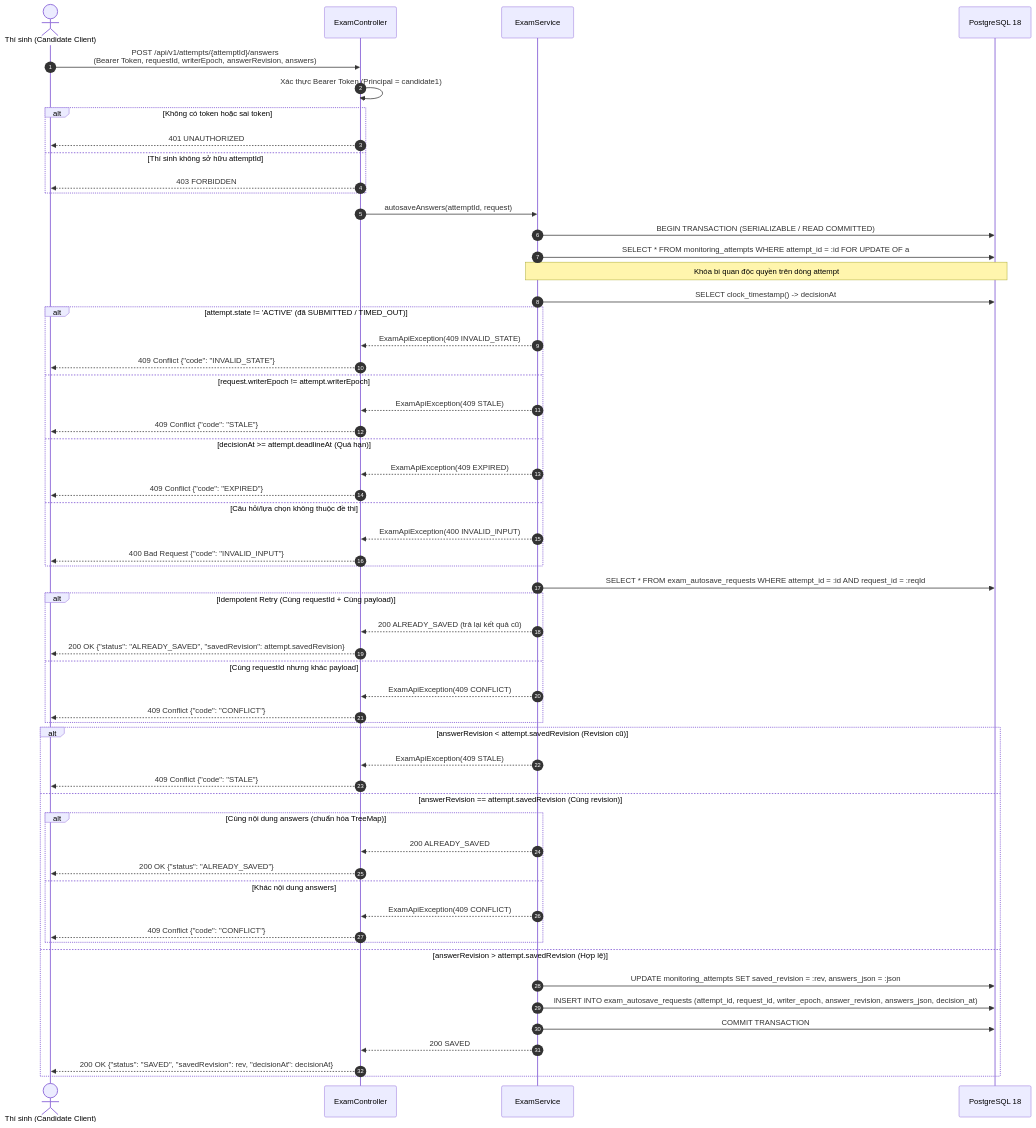
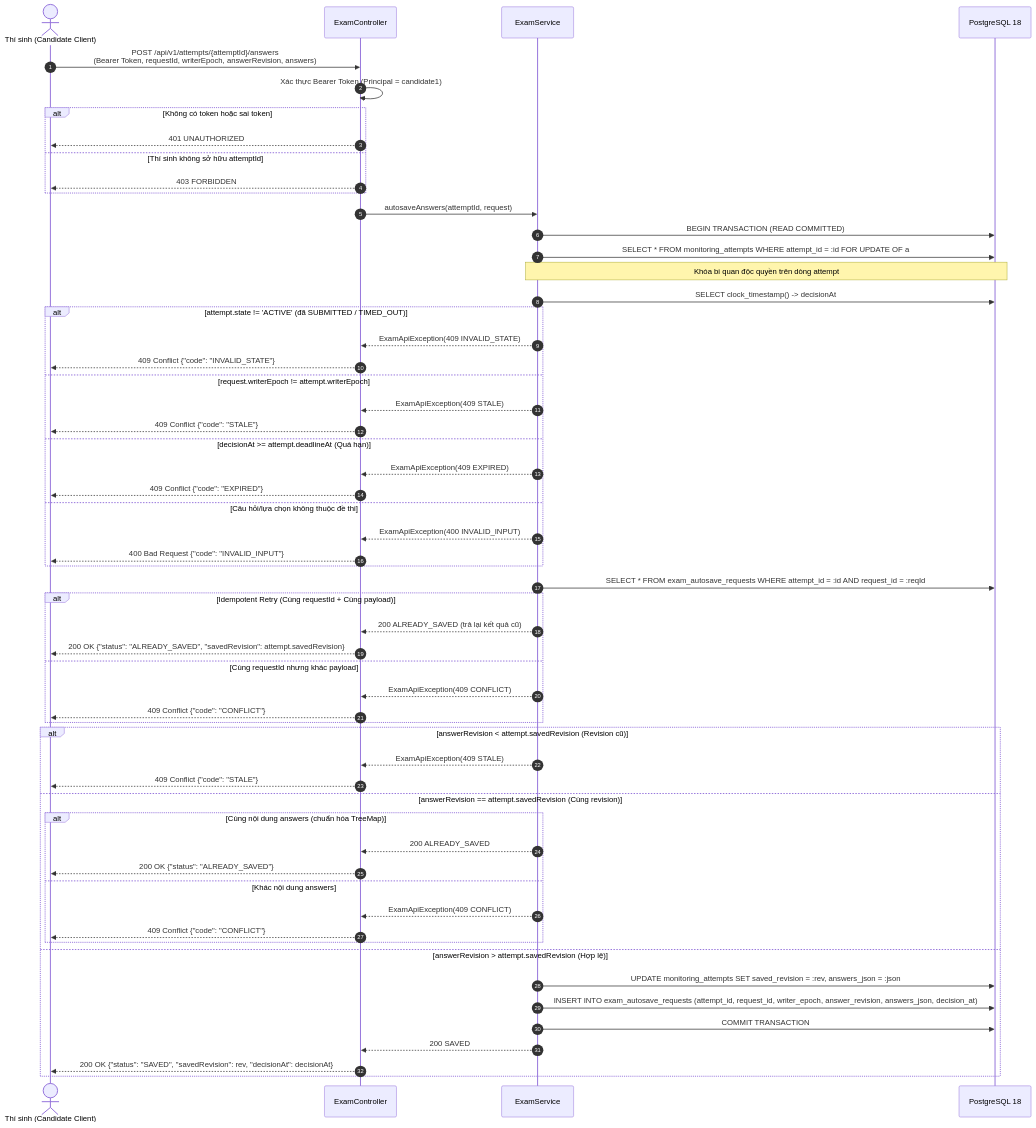
The first of 4 diagrams in docs/GIAO_DICH_VA_QUYEN.md (AnhTaizz/Toeic-Monitoring-Realtime), drawn with Mermaid before and after one commit. The commit also changed other lines of this file and 14 other files, not shown here.

````diff
--- a/docs/GIAO_DICH_VA_QUYEN.md
+++ b/docs/GIAO_DICH_VA_QUYEN.md
@@ -33,63 +33,63 @@
 ```mermaid
 sequenceDiagram
     autonumber
     actor C as Thí sinh (Candidate Client)
     participant Ctrl as ExamController
     participant Svc as ExamService
     participant DB as PostgreSQL 18
 
     C->>Ctrl: POST /api/v1/attempts/{attemptId}/answers<br/>(Bearer Token, requestId, writerEpoch, answerRevision, answers)
     Ctrl->>Ctrl: Xác thực Bearer Token (Principal = candidate1)
     alt Không có token hoặc sai token
         Ctrl-->>C: 401 UNAUTHORIZED
     else Thí sinh không sở hữu attemptId
         Ctrl-->>C: 403 FORBIDDEN
     end
     Ctrl->>Svc: autosaveAnswers(attemptId, request)
-    Svc->>DB: BEGIN TRANSACTION (SERIALIZABLE / READ COMMITTED)
+    Svc->>DB: BEGIN TRANSACTION (READ COMMITTED)
     Svc->>DB: SELECT * FROM monitoring_attempts WHERE attempt_id = :id FOR UPDATE OF a
     Note over Svc,DB: Khóa bi quan độc quyền trên dòng attempt
     Svc->>DB: SELECT clock_timestamp() -> decisionAt
     
     alt attempt.state != 'ACTIVE' (đã SUBMITTED / TIMED_OUT)
         Svc-->>Ctrl: ExamApiException(409 INVALID_STATE)
         Ctrl-->>C: 409 Conflict {"code": "INVALID_STATE"}
     else request.writerEpoch != attempt.writerEpoch
         Svc-->>Ctrl: ExamApiException(409 STALE)
         Ctrl-->>C: 409 Conflict {"code": "STALE"}
     else decisionAt >= attempt.deadlineAt (Quá hạn)
         Svc-->>Ctrl: ExamApiException(409 EXPIRED)
         Ctrl-->>C: 409 Conflict {"code": "EXPIRED"}
     else Câu hỏi/lựa chọn không thuộc đề thi
         Svc-->>Ctrl: ExamApiException(400 INVALID_INPUT)
         Ctrl-->>C: 400 Bad Request {"code": "INVALID_INPUT"}
     end
 
     Svc->>DB: SELECT * FROM exam_autosave_requests WHERE attempt_id = :id AND request_id = :reqId
     alt Idempotent Retry (Cùng requestId + Cùng payload)
         Svc-->>Ctrl: 200 ALREADY_SAVED (trả lại kết quả cũ)
         Ctrl-->>C: 200 OK {"status": "ALREADY_SAVED", "savedRevision": attempt.savedRevision}
     else Cùng requestId nhưng khác payload
         Svc-->>Ctrl: ExamApiException(409 CONFLICT)
         Ctrl-->>C: 409 Conflict {"code": "CONFLICT"}
     end
 
     alt answerRevision < attempt.savedRevision (Revision cũ)
         Svc-->>Ctrl: ExamApiException(409 STALE)
         Ctrl-->>C: 409 Conflict {"code": "STALE"}
     else answerRevision == attempt.savedRevision (Cùng revision)
         alt Cùng nội dung answers (chuẩn hóa TreeMap)
             Svc-->>Ctrl: 200 ALREADY_SAVED
             Ctrl-->>C: 200 OK {"status": "ALREADY_SAVED"}
         else Khác nội dung answers
             Svc-->>Ctrl: ExamApiException(409 CONFLICT)
             Ctrl-->>C: 409 Conflict {"code": "CONFLICT"}
         end
     else answerRevision > attempt.savedRevision (Hợp lệ)
         Svc->>DB: UPDATE monitoring_attempts SET saved_revision = :rev, answers_json = :json
         Svc->>DB: INSERT INTO exam_autosave_requests (attempt_id, request_id, writer_epoch, answer_revision, answers_json, decision_at)
         Svc->>DB: COMMIT TRANSACTION
         Svc-->>Ctrl: 200 SAVED
         Ctrl-->>C: 200 OK {"status": "SAVED", "savedRevision": rev, "decisionAt": decisionAt}
     end
 ```
````
